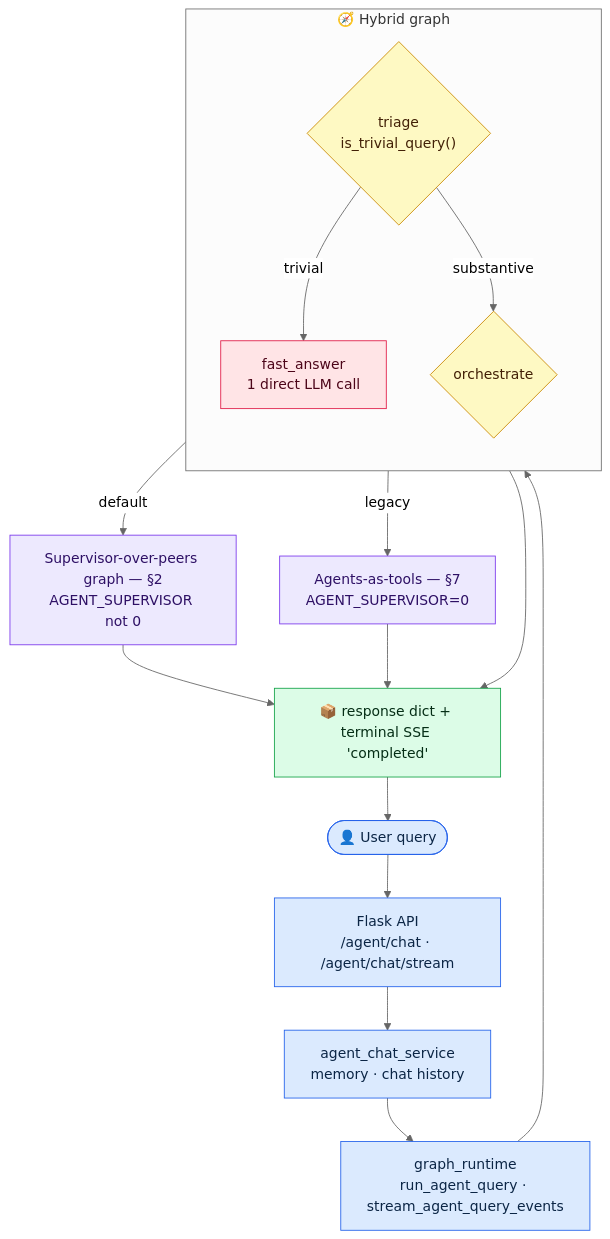
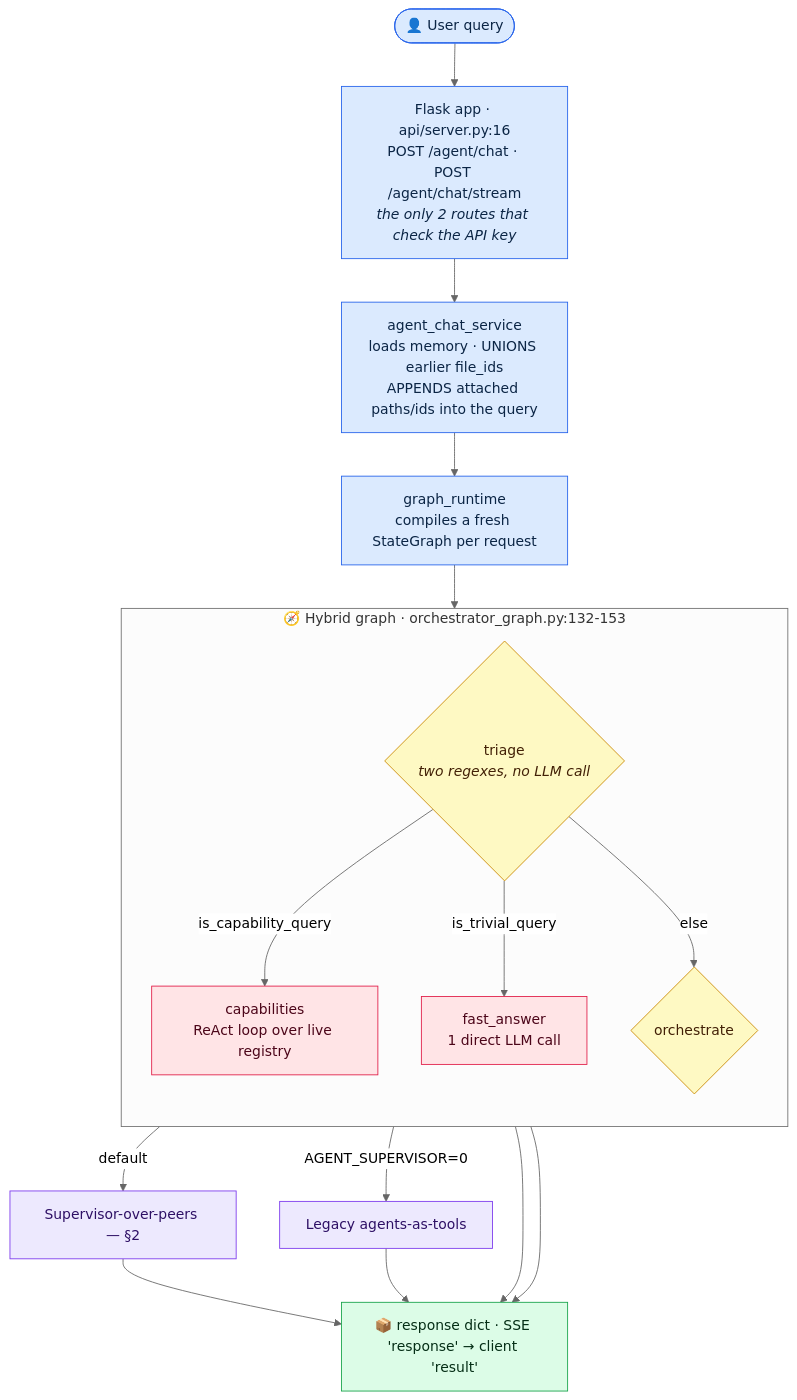
One commit to I-GUIDE/I-GUIDE_AI changed the first of 2 diagrams in agent_runtime/agent_architecture.md. Above: the diagram before and after it, drawn with Mermaid (neutral theme). The commit also changed other lines of this file, not shown here.

````diff
--- a/agent_runtime/agent_architecture.md
+++ b/agent_runtime/agent_architecture.md
@@ -14,29 +21,30 @@
 ```mermaid
 flowchart TD
     classDef entry fill:#dbeafe,stroke:#2563eb,color:#0b2545;
     classDef decision fill:#fef9c3,stroke:#ca8a04,color:#422006;
     classDef agent fill:#ffe4e6,stroke:#e11d48,color:#4c0519;
     classDef gph fill:#ede9fe,stroke:#7c3aed,color:#2e1065;
     classDef out fill:#dcfce7,stroke:#16a34a,color:#052e16;
 
     U(["👤 User query"]):::entry
-    U --> FL["Flask API<br/>/agent/chat · /agent/chat/stream"]:::entry
-    FL --> SVC["agent_chat_service<br/>memory · chat history"]:::entry
-    SVC --> GR["graph_runtime<br/>run_agent_query · stream_agent_query_events"]:::entry
-    GR --> HG
+    U --> FL["Flask app · api/server.py:16<br/>POST /agent/chat · POST /agent/chat/stream<br/><i>the only 2 routes that check the API key</i>"]:::entry
+    FL --> SVC["agent_chat_service<br/>loads memory · UNIONS earlier file_ids<br/>APPENDS attached paths/ids into the query"]:::entry
+    SVC --> GR["graph_runtime<br/>compiles a fresh StateGraph per request"]:::entry
+    GR --> TRI
 
-    subgraph HG["🧭 Hybrid graph"]
+    subgraph HG["🧭 Hybrid graph · orchestrator_graph.py:132-153"]
         direction TB
-        TRI{"triage<br/>is_trivial_query()"}:::decision
-        TRI -->|trivial| FAST["fast_answer<br/>1 direct LLM call"]:::agent
-        TRI -->|substantive| ORCH{"orchestrate"}:::decision
+        TRI{"triage<br/><i>two regexes, no LLM call</i>"}:::decision
+        TRI -->|is_capability_query| CAP["capabilities<br/>ReAct loop over live registry"]:::agent
+        TRI -->|is_trivial_query| FAST["fast_answer<br/>1 direct LLM call"]:::agent
+        TRI -->|else| ORCH{"orchestrate"}:::decision
     end
 
-    ORCH -->|default| SUP["Supervisor-over-peers graph — §2<br/>AGENT_SUPERVISOR not 0"]:::gph
-    ORCH -->|legacy| AAT["Agents-as-tools — §7<br/>AGENT_SUPERVISOR=0"]:::gph
+    ORCH -->|default| SUP["Supervisor-over-peers — §2"]:::gph
+    ORCH -->|AGENT_SUPERVISOR=0| AAT["Legacy agents-as-tools"]:::gph
 
-    FAST --> OUT["📦 response dict + terminal SSE 'completed'"]:::out
+    CAP --> OUT["📦 response dict · SSE 'response' → client 'result'"]:::out
+    FAST --> OUT
     SUP --> OUT
     AAT --> OUT
-    OUT --> U
 ```
````
